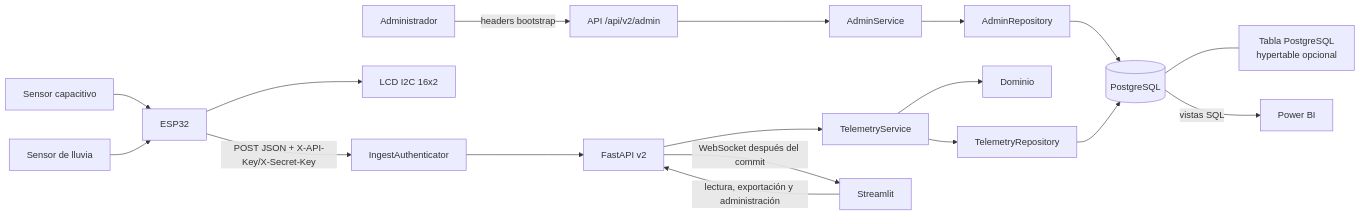
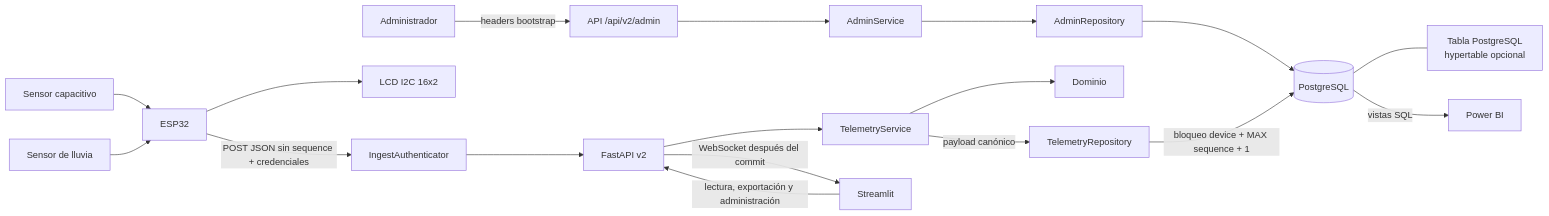
One commit to carlosflorez183/U changed the first of 2 diagrams in docs/ARQUITECTURA_PROYECTO.md. Above: the diagram before and after it, drawn with Mermaid. The commit also changed other lines of this file and 25 other files, not shown here.

````diff
--- a/docs/ARQUITECTURA_PROYECTO.md
+++ b/docs/ARQUITECTURA_PROYECTO.md
@@ -5,21 +5,21 @@
 ```mermaid
 flowchart LR
   ADMIN[Administrador] -->|headers bootstrap| APIA[API /api/v2/admin]
   APIA --> AS[AdminService]
   AS --> AR[AdminRepository]
   AR --> PG[(PostgreSQL)]
 
   S1[Sensor capacitivo] --> ESP[ESP32]
   S2[Sensor de lluvia] --> ESP
   ESP --> LCD[LCD I2C 16x2]
-  ESP -->|POST JSON + X-API-Key/X-Secret-Key| AUTH[IngestAuthenticator]
+  ESP -->|POST JSON sin sequence + credenciales| AUTH[IngestAuthenticator]
   AUTH --> API[FastAPI v2]
   API --> APP[TelemetryService]
   APP --> DOM[Dominio]
-  APP --> PORT[TelemetryRepository]
-  PORT --> PG
+  APP -->|payload canónico| PORT[TelemetryRepository]
+  PORT -->|bloqueo device + MAX sequence + 1| PG
   PG --- MODE[Tabla PostgreSQL<br/>hypertable opcional]
   API -->|WebSocket después del commit| ST[Streamlit]
   ST -->|lectura, exportación y administración| API
   PG -->|vistas SQL| PBI[Power BI]
 ```
````
